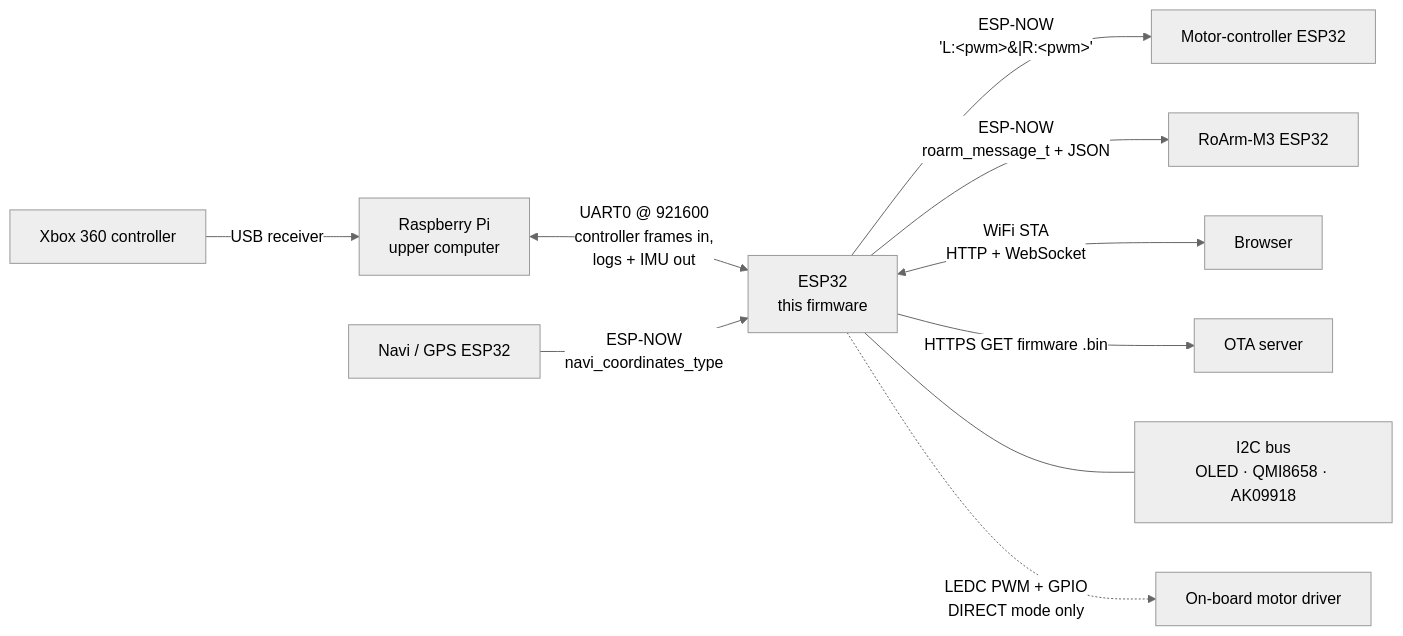
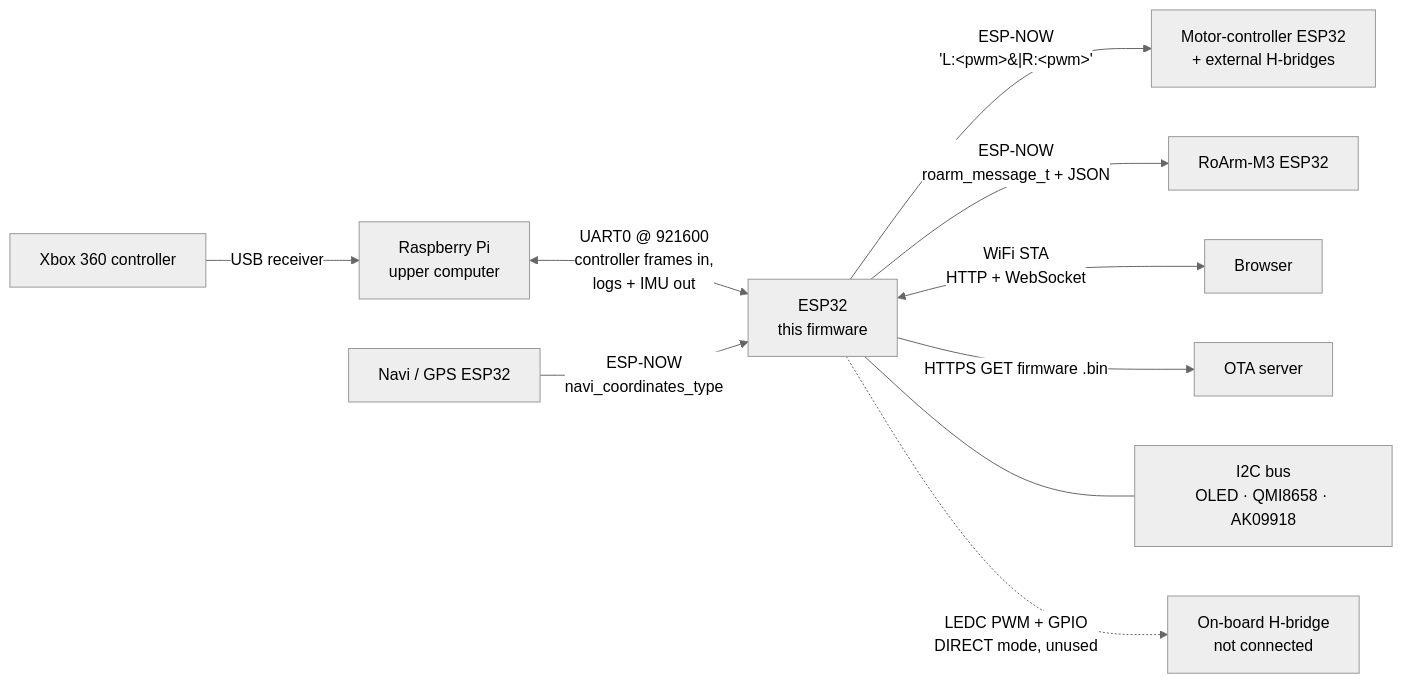
One commit to vexown/wave_rover_driver changed the first of 3 diagrams in docs/ARCHITECTURE.md. Above: the diagram before and after it, drawn with Mermaid (neutral theme). The commit also changed other lines of this file and 4 other files, not shown here.

````diff
--- a/docs/ARCHITECTURE.md
+++ b/docs/ARCHITECTURE.md
@@ -37,15 +37,15 @@
 ```mermaid
 flowchart LR
     Xbox[Xbox 360 controller] -->|USB receiver| RPi[Raspberry Pi<br/>upper computer]
     RPi <-->|UART0 @ 921600<br/>controller frames in,<br/>logs + IMU out| ESP[ESP32<br/>this firmware]
 
-    ESP -->|ESP-NOW<br/>'L:&lt;pwm&gt;&#124;R:&lt;pwm&gt;'| MC[Motor-controller ESP32]
+    ESP -->|ESP-NOW<br/>'L:&lt;pwm&gt;&#124;R:&lt;pwm&gt;'| MC[Motor-controller ESP32<br/>+ external H-bridges]
     ESP -->|ESP-NOW<br/>roarm_message_t + JSON| ARM[RoArm-M3 ESP32]
     GPS[Navi / GPS ESP32] -->|ESP-NOW<br/>navi_coordinates_type| ESP
 
     ESP <-->|WiFi STA<br/>HTTP + WebSocket| Browser[Browser]
     ESP -->|HTTPS GET firmware .bin| OTA[OTA server]
 
     ESP --- I2C[I2C bus<br/>OLED · QMI8658 · AK09918]
-    ESP -.->|LEDC PWM + GPIO<br/>DIRECT mode only| Motors[On-board motor driver]
+    ESP -.->|LEDC PWM + GPIO<br/>DIRECT mode, unused| Motors[On-board H-bridge<br/>not connected]
 ```
````
